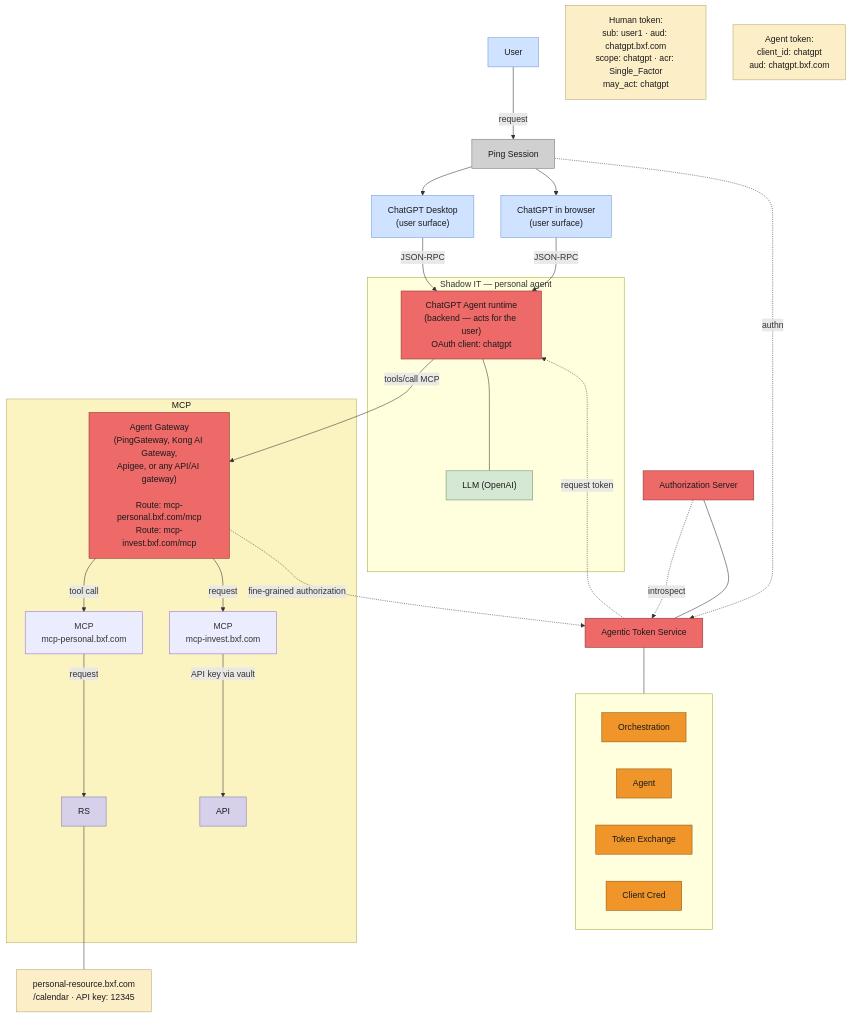
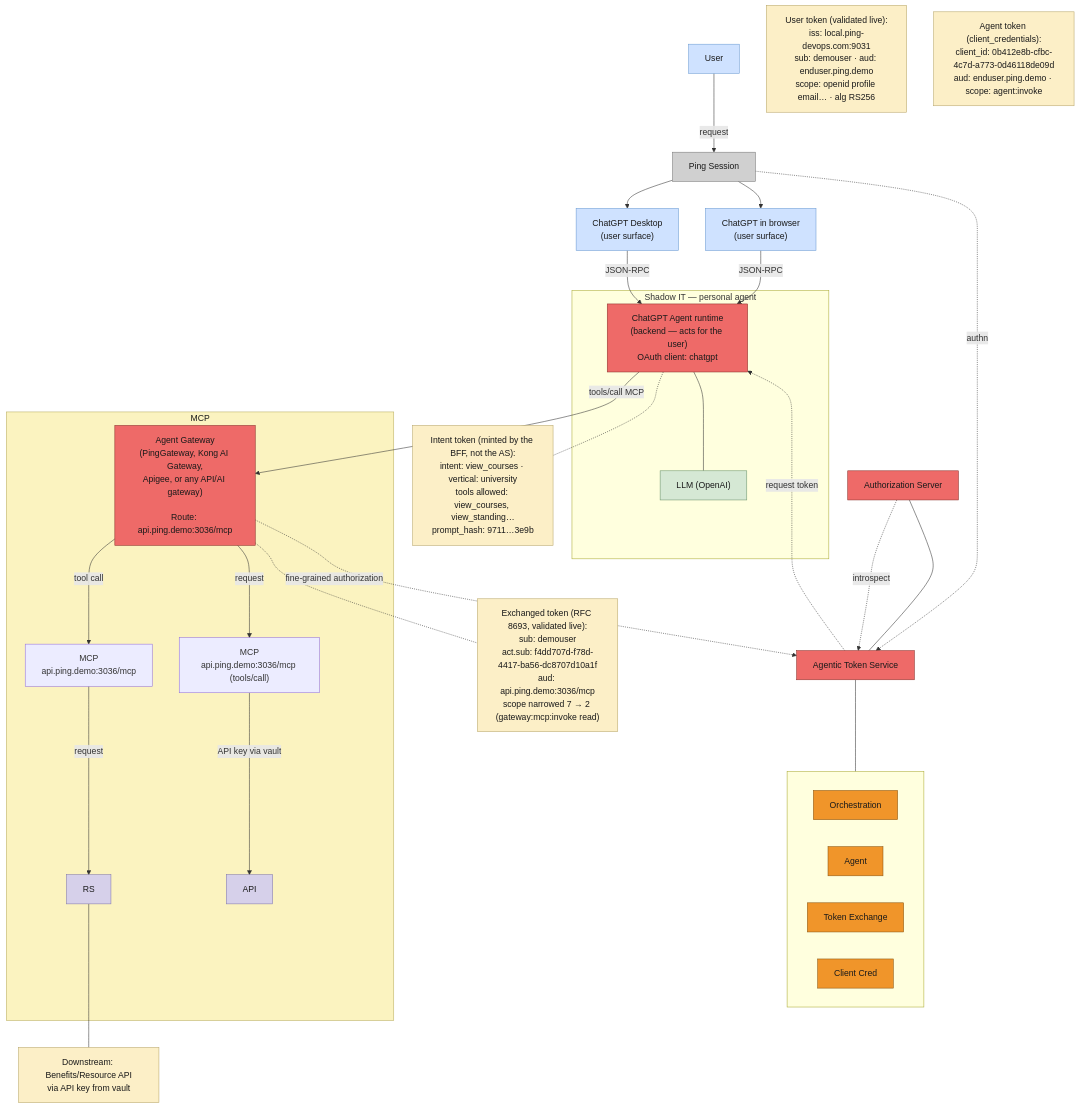
The diagram in docs/diagrams/personal-agent-chatgpt.mmd (curtismu7/AI-DEMO2), drawn with Mermaid before and after one commit. The commit also changed 1 other file, not shown here.

Commit message:
docs(diagrams): replace fictional token values with live-validated claims, add intent token

```diff
--- a/docs/diagrams/personal-agent-chatgpt.mmd
+++ b/docs/diagrams/personal-agent-chatgpt.mmd
@@ -1,76 +1,80 @@
 %% Personal agent version of "V2 Agent - GW/Authorize" (Lucid page)
 %% ChatGPT is the personal agent — browser + Desktop surfaces, one agent runtime
 flowchart TB
     USER["User"]
     PINGSESS["Ping Session"]
     CHATB["ChatGPT in browser<br/>(user surface)"]
     GPTD["ChatGPT Desktop<br/>(user surface)"]
 
     subgraph SHADOW["Shadow IT — personal agent"]
         AGENT1["ChatGPT Agent runtime<br/>(backend — acts for the user)<br/>OAuth client: chatgpt"]
         LLM["LLM (OpenAI)"]
     end
 
     ATS["Agentic Token Service"]
     subgraph ATSSUB[" "]
         direction LR
         ORCH["Orchestration"]
         AGT["Agent"]
         TXE["Token Exchange"]
         CCRED["Client Cred"]
     end
     AUTHZ["Authorization Server"]
 
-    HTOK["Human token:<br/>sub: user1 · aud: chatgpt.bxf.com<br/>scope: chatgpt · acr: Single_Factor<br/>may_act: chatgpt"]
-    AGTOK["Agent token:<br/>client_id: chatgpt<br/>aud: chatgpt.bxf.com"]
+    HTOK["User token (validated live):<br/>iss: local.ping-devops.com:9031<br/>sub: demouser · aud: enduser.ping.demo<br/>scope: openid profile email… · alg RS256"]
+    AGTOK["Agent token (client_credentials):<br/>client_id: 0b412e8b-cfbc-4c7d-a773-0d46118de09d<br/>aud: enduser.ping.demo · scope: agent:invoke"]
+    TXTOK["Exchanged token (RFC 8693, validated live):<br/>sub: demouser<br/>act.sub: f4dd707d-f78d-4417-ba56-dc8707d10a1f<br/>aud: api.ping.demo:3036/mcp<br/>scope narrowed 7 → 2 (gateway:mcp:invoke read)"]
+    INTTOK["Intent token (minted by the BFF, not the AS):<br/>intent: view_courses · vertical: university<br/>tools allowed: view_courses, view_standing…<br/>prompt_hash: 9711…3e9b"]
 
 
     subgraph MCPBOX["MCP"]
-        GW["Agent Gateway<br/>(PingGateway, Kong AI Gateway,<br/>Apigee, or any API/AI gateway)<br/><br/>Route: mcp-personal.bxf.com/mcp<br/>Route: mcp-invest.bxf.com/mcp"]
-        MCPOLB["MCP<br/>mcp-personal.bxf.com"]
-        MCPINV["MCP<br/>mcp-invest.bxf.com"]
+        GW["Agent Gateway<br/>(PingGateway, Kong AI Gateway,<br/>Apigee, or any API/AI gateway)<br/><br/>Route: api.ping.demo:3036/mcp"]
+        MCPOLB["MCP<br/>api.ping.demo:3036/mcp"]
+        MCPINV["MCP<br/>api.ping.demo:3036/mcp (tools/call)"]
         RS["RS"]
         API["API"]
     end
-    INVTOK["personal-resource.bxf.com<br/>/calendar · API key: 12345"]
+    INVTOK["Downstream: Benefits/Resource API<br/>via API key from vault"]
 
 
     USER -->|request| PINGSESS
     PINGSESS --> CHATB
     PINGSESS --> GPTD
     CHATB -->|JSON-RPC| AGENT1
     GPTD -->|JSON-RPC| AGENT1
     AGENT1 --- LLM
     PINGSESS -.->|authn| ATS
     ATS --- ATSSUB
     AUTHZ --- ATS
     AUTHZ -.->|introspect| ATS
     ATS -.->|request token| AGENT1
     AGENT1 -->|tools/call MCP| GW
+    AGENT1 -.- INTTOK
+    GW -.- TXTOK
     GW -->|tool call| MCPOLB
     GW -->|request| MCPINV
     GW -.->|fine-grained authorization| ATS
     MCPOLB -->|request| RS
     MCPINV -->|API key via vault| API
     RS --- INVTOK
 
     classDef red fill:#ee6a68,stroke:#8a2f2a,color:#1a1a1a
     classDef orange fill:#f0952a,stroke:#8a5410,color:#1a1a1a
     classDef cream fill:#fcefc7,stroke:#b8a66a,color:#1a1a1a
     classDef pink fill:#f272c8,stroke:#a12a76,color:#1a1a1a
     classDef yellow fill:#fbf3c0,stroke:#b8ac60,color:#1a1a1a
     classDef blue fill:#cfe2ff,stroke:#6b9bd2,color:#1a1a1a
     classDef green fill:#d5e8d4,stroke:#6a936a,color:#1a1a1a
     classDef dgreen fill:#5cb85c,stroke:#2d6a2d,color:#1a1a1a
     classDef purple fill:#d6d0ea,stroke:#8077ad,color:#1a1a1a
     classDef grey fill:#d0d0d0,stroke:#777777,color:#1a1a1a
 
     class ATS,AUTHZ,GW red
     class ORCH,AGT,TXE,CCRED orange
-    class HTOK,AGTOK,INVTOK cream
+    class HTOK,AGTOK,TXTOK,INTTOK,INVTOK cream
     class MCPBOX yellow
     class USER,CHATB,GPTD blue
     class RS,API purple
     class AGENT1 red
     class LLM green
     class PINGSESS grey
```
